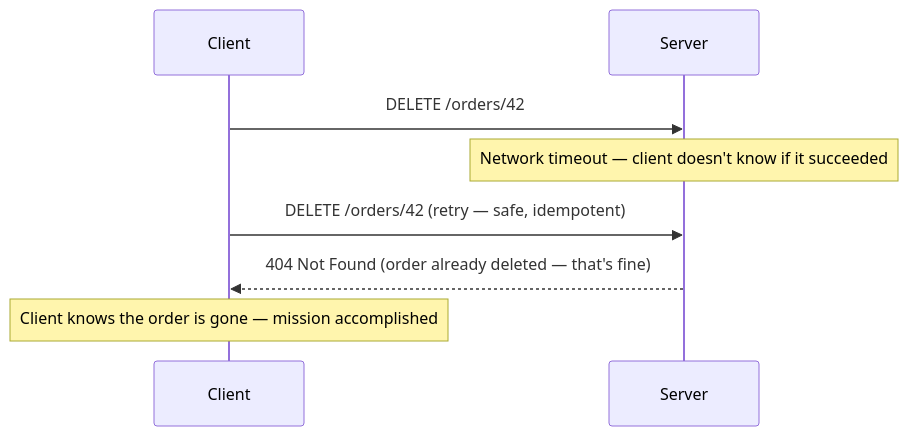
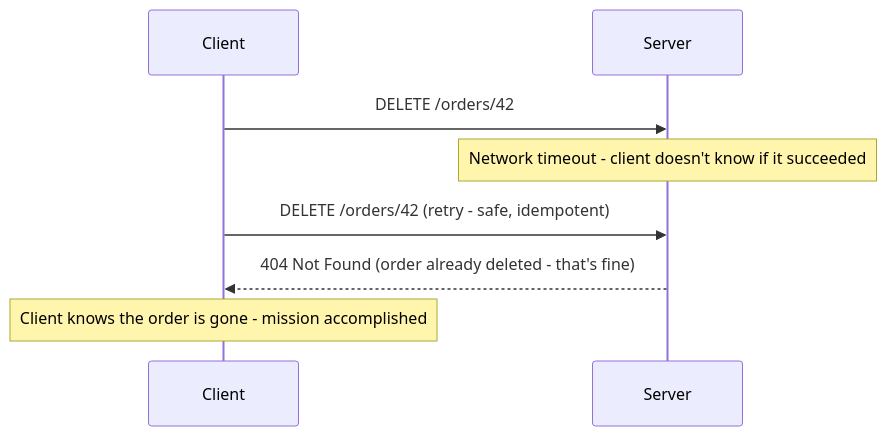
Before and after one commit to b-balakrishna/system-design: the second of 4 diagrams in phase-2-foundations/topic-9-rest-apis.md, drawn with Mermaid. The commit also changed other lines of this file and 165 other files, not shown here.

Commit message:
feat: add comprehensive system design documentation covering foundations, backend, frontend, distributed systems, and AI/ML architectures

````diff
--- a/phase-2-foundations/topic-9-rest-apis.md
+++ b/phase-2-foundations/topic-9-rest-apis.md
@@ -78,11 +78,11 @@
 ```mermaid
 sequenceDiagram
     participant C as Client
     participant S as Server
 
     C->>S: DELETE /orders/42
-    Note over S: Network timeout — client doesn't know if it succeeded
-    C->>S: DELETE /orders/42 (retry — safe, idempotent)
-    S-->>C: 404 Not Found (order already deleted — that's fine)
-    Note over C: Client knows the order is gone — mission accomplished
+    Note over S: Network timeout  -  client doesn't know if it succeeded
+    C->>S: DELETE /orders/42 (retry  -  safe, idempotent)
+    S-->>C: 404 Not Found (order already deleted  -  that's fine)
+    Note over C: Client knows the order is gone  -  mission accomplished
 ```
````
